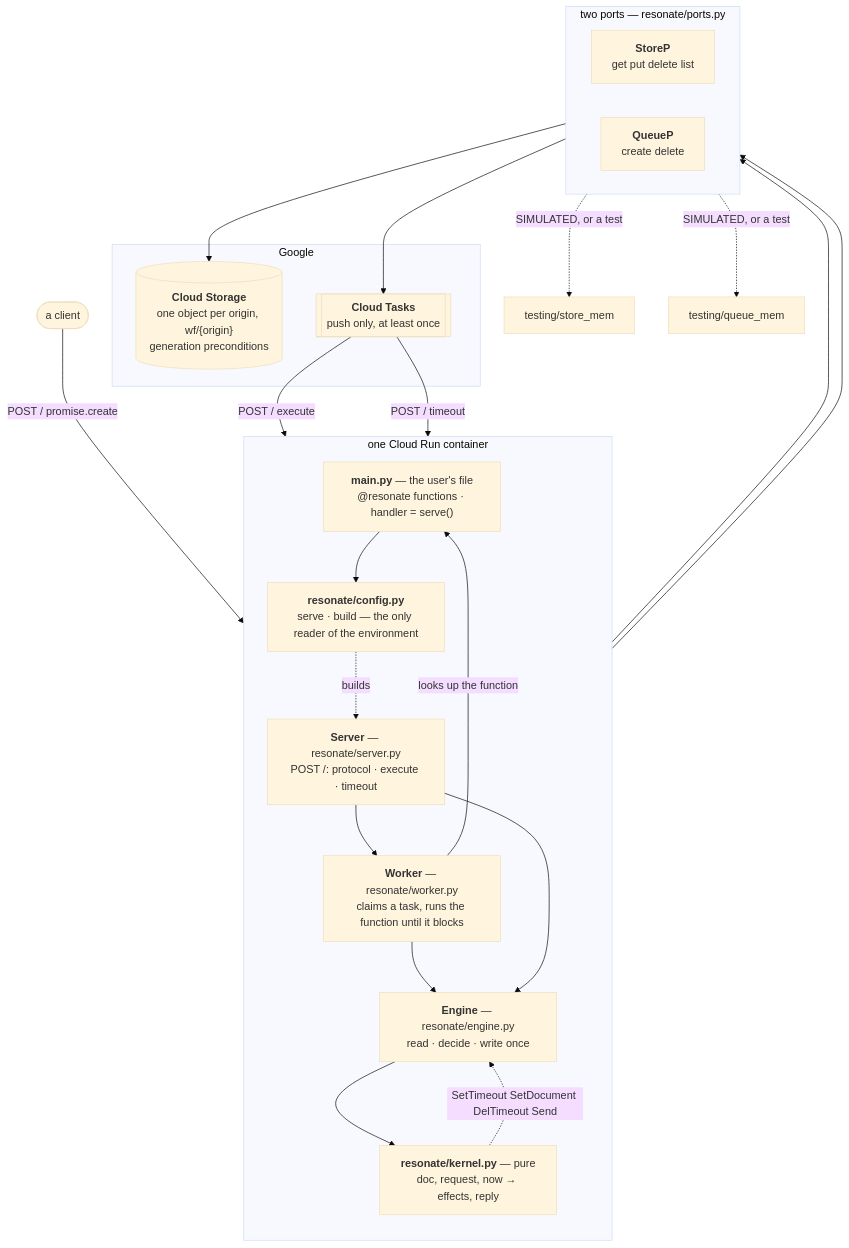
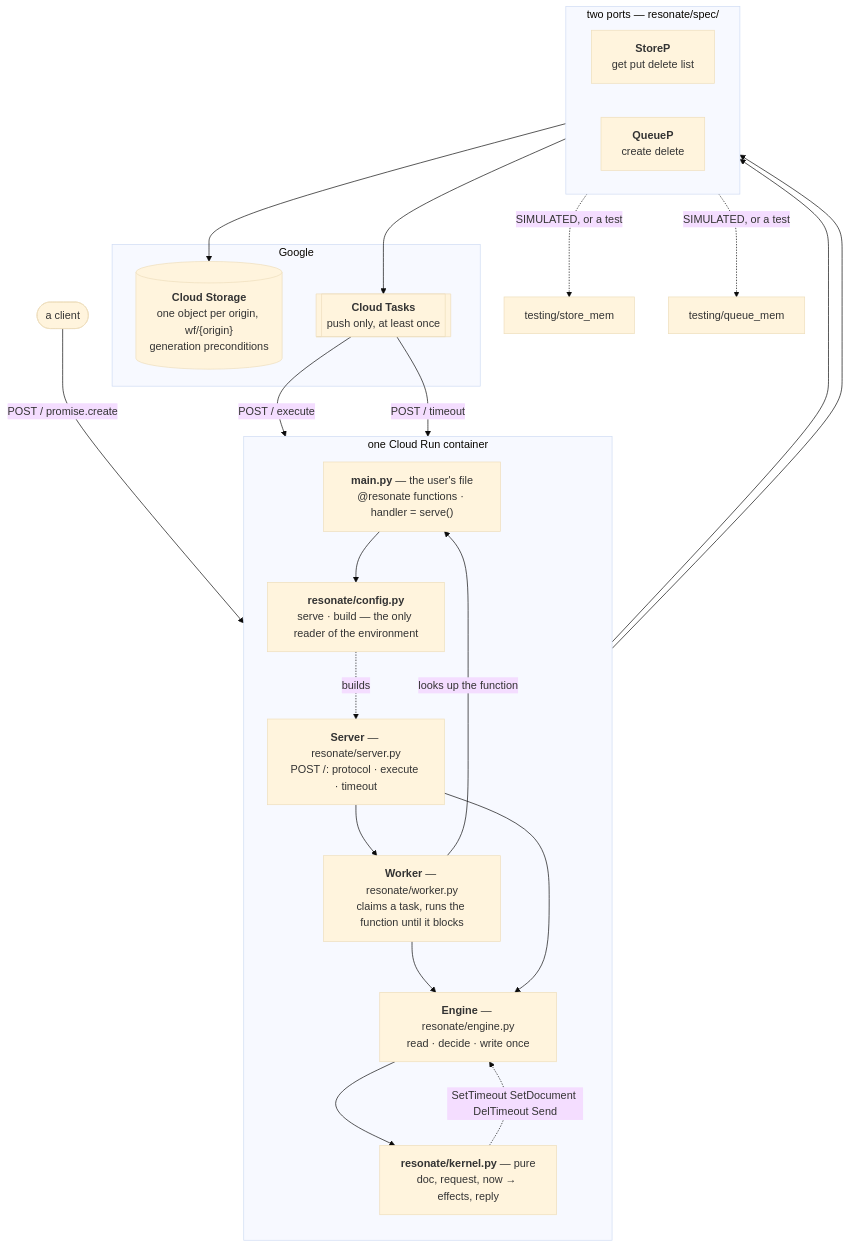
Before and after one commit to resonatehq/durable-execution: the diagram in code/final/ARCHITECTURE.md, drawn with Mermaid (base theme). The commit also changed other lines of this file and 26 other files, not shown here.

````diff
--- a/code/final/ARCHITECTURE.md
+++ b/code/final/ARCHITECTURE.md
@@ -9,46 +9,46 @@
 ```mermaid
 flowchart TB
     client(["a client"])
 
     subgraph container["one Cloud Run container"]
         direction TB
         app["<b>main.py</b> — the user's file<br/>@resonate functions · handler = serve()"]
         config["<b>resonate/config.py</b><br/>serve · build — the only reader of the environment"]
         routes["<b>Server</b> — resonate/server.py<br/>POST /: protocol · execute · timeout"]
         worker["<b>Worker</b> — resonate/worker.py<br/>claims a task, runs the function until it blocks"]
         engine["<b>Engine</b> — resonate/engine.py<br/>read · decide · write once"]
         kernel["<b>resonate/kernel.py</b> — pure<br/>doc, request, now → effects, reply"]
     end
 
-    subgraph ports["two ports — resonate/ports.py"]
+    subgraph ports["two ports — resonate/spec/"]
         direction LR
         store["<b>StoreP</b><br/>get put delete list"]
         queue["<b>QueueP</b><br/>create delete"]
     end
 
     subgraph google["Google"]
         gcs[("<b>Cloud Storage</b><br/>one object per origin, wf/{origin}<br/>generation preconditions")]
         tasks[["<b>Cloud Tasks</b><br/>push only, at least once"]]
     end
 
     app --> config
     config -.->|"builds"| routes
     client -->|"POST / promise.create"| routes
     routes --> worker
     worker -->|"looks up the function"| app
     worker --> engine
     routes --> engine
     engine --> kernel
     kernel -.->|"SetTimeout SetDocument DelTimeout Send"| engine
 
     engine --> store
     engine --> queue
     store --> gcs
     queue --> tasks
 
     tasks -->|"POST / execute"| routes
     tasks -->|"POST / timeout"| routes
 
     store -.->|"SIMULATED, or a test"| storemem["testing/store_mem"]
     queue -.->|"SIMULATED, or a test"| queuemem["testing/queue_mem"]
 ```
````
